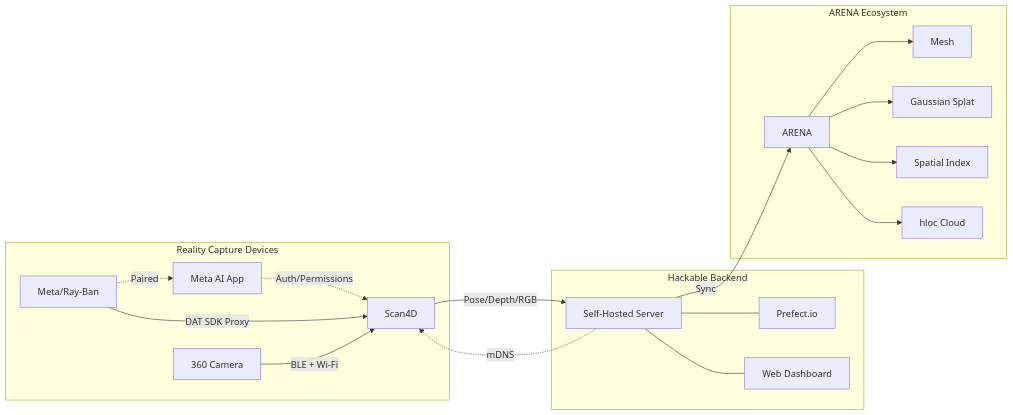
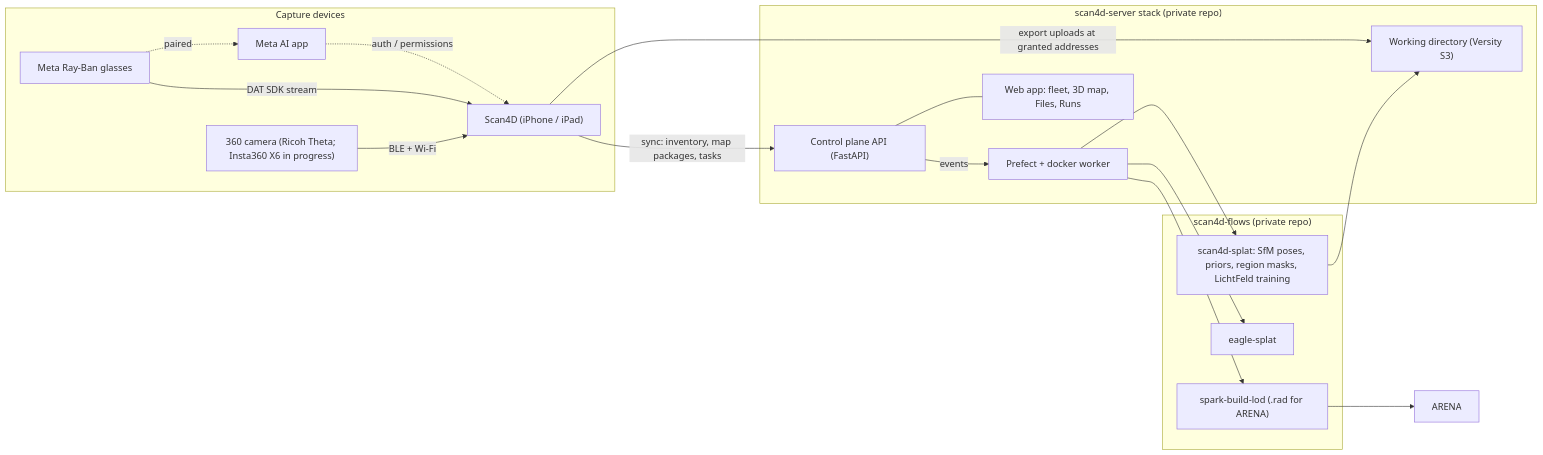
The first of 13 diagrams in REQUIREMENTS.md (WiseLabCMU/wisescan-ios), drawn with Mermaid before and after one commit. The commit also changed other lines of this file and 12 other files, not shown here.

First line of the commit message:
docs: backend narrative from scan4d-server and scan4d-flows; credentials guard; rule wording

````diff
--- a/REQUIREMENTS.md
+++ b/REQUIREMENTS.md
@@ -13,37 +13,33 @@
 ```mermaid
 graph LR
-    subgraph "Reality Capture Devices"
-        Phone["Scan4D"]
-        MetaAI["Meta AI App"]
-        Glasses["Meta/Ray-Ban"]
-        Cam360["360 Camera"]
+    subgraph Capture["Capture devices"]
+        Phone["Scan4D (iPhone / iPad)"]
+        Glasses["Meta Ray-Ban glasses"]
+        MetaAI["Meta AI app"]
+        Cam360["360 camera (Ricoh Theta; Insta360 X6 in progress)"]
     end
-
-    subgraph "Hackable Backend"
-        Server["Self-Hosted Server"]
-        Prefect["Prefect.io"]
-        Dashboard["Web Dashboard"]
+    subgraph Stack["scan4d-server stack (private repo)"]
+        API["Control plane API (FastAPI)"]
+        S3["Working directory (Versity S3)"]
+        Prefect["Prefect + docker worker"]
+        Web["Web app: fleet, 3D map, Files, Runs"]
     end
-
-    subgraph "ARENA Ecosystem"
-        Arena["ARENA"]
-        Mesh["Mesh"]
-        Splat["Gaussian Splat"]
-        SpatialIdx["Spatial Index"]
-        Hloc["hloc Cloud"]
+    subgraph Flows["scan4d-flows (private repo)"]
+        Splat["scan4d-splat: SfM poses, priors, region masks, LichtFeld training"]
+        Eagle["eagle-splat"]
+        LOD["spark-build-lod (.rad for ARENA)"]
     end
-
-    Glasses -.->|Paired| MetaAI
-    MetaAI -.->|Auth/Permissions| Phone
-    Glasses -->|DAT SDK Proxy| Phone
+    Glasses -.->|paired| MetaAI
+    MetaAI -.->|auth / permissions| Phone
+    Glasses -->|DAT SDK stream| Phone
     Cam360 -->|BLE + Wi-Fi| Phone
-    Phone -->|Pose/Depth/RGB| Server
-    Server -.->|mDNS| Phone
-    Server --- Dashboard
-    Server --- Prefect
-    Server -->|Sync| Arena
-    Arena --> Mesh
-    Arena --> Splat
-    Arena --> SpatialIdx
-    Arena --> Hloc
+    Phone -->|sync: inventory, map packages, tasks| API
+    Phone -->|export uploads at granted addresses| S3
+    API --- Web
+    API -->|events| Prefect
+    Prefect --> Splat
+    Prefect --> Eagle
+    Prefect --> LOD
+    Splat --> S3
+    LOD --> Arena["ARENA"]
 ```
````
